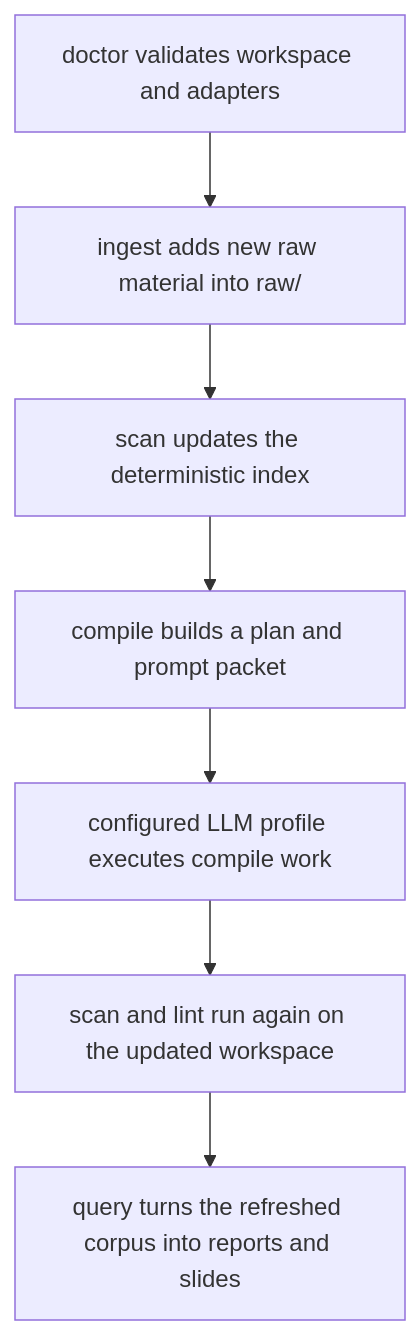
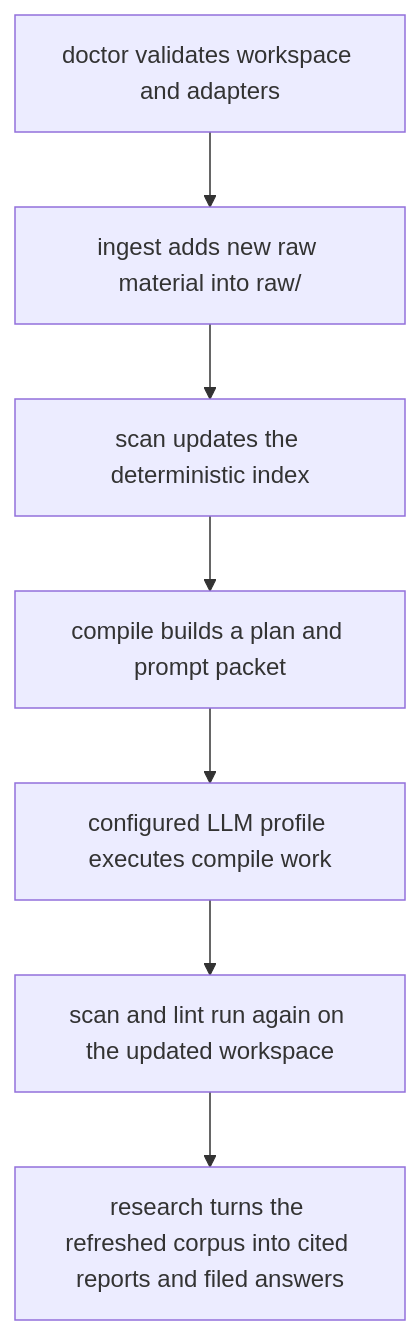
The diagram in docs/operator-workflows.md (shrijacked/Cognisync), drawn with Mermaid before and after one commit. The commit also changed other lines of this file and 5 other files, not shown here.

````diff
--- a/docs/operator-workflows.md
+++ b/docs/operator-workflows.md
@@ -15,9 +16,9 @@
 ```mermaid
 flowchart TD
     A["doctor validates workspace and adapters"] --> B["ingest adds new raw material into raw/"]
     B --> C["scan updates the deterministic index"]
     C --> D["compile builds a plan and prompt packet"]
     D --> E["configured LLM profile executes compile work"]
     E --> F["scan and lint run again on the updated workspace"]
-    F --> G["query turns the refreshed corpus into reports and slides"]
+    F --> G["research turns the refreshed corpus into cited reports and filed answers"]
 ```
````
